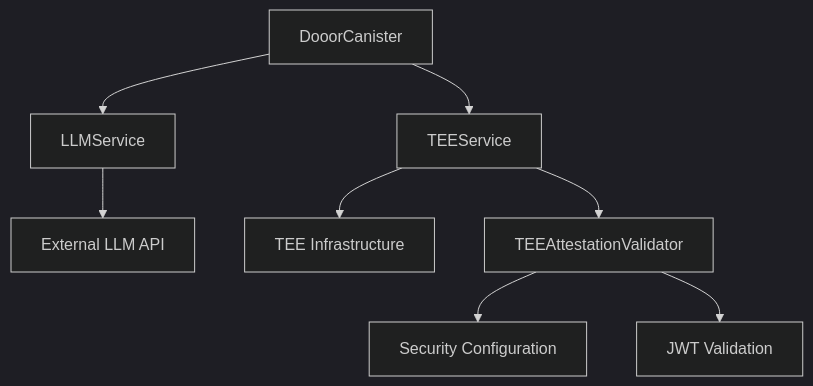
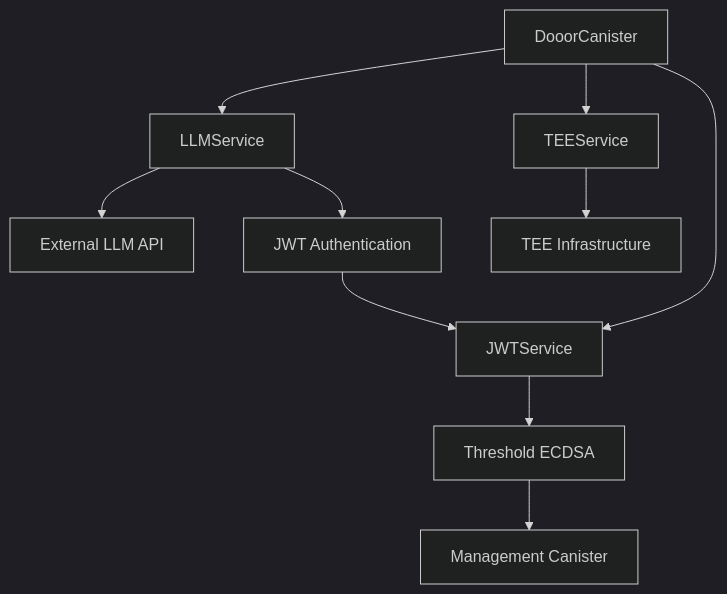
Before and after one commit to Dooor-AI/orchestrator-canister: the diagram in tee-llm-dooor-canister/README.md, drawn with Mermaid (dark theme). The commit also changed other lines of this file and 8 other files, not shown here.

````diff
--- a/tee-llm-dooor-canister/README.md
+++ b/tee-llm-dooor-canister/README.md
@@ -144,10 +246,12 @@
 ```mermaid
 graph TD
     A[DooorCanister] --> B[LLMService]
     A --> C[TEEService]
-    B --> D[External LLM API]
-    C --> E[TEE Infrastructure]
-    C --> F[TEEAttestationValidator]
-    F --> G[Security Configuration]
-    F --> H[JWT Validation]
+    A --> D[JWTService]
+    B --> E[External LLM API]
+    C --> F[TEE Infrastructure]
+    D --> G[Threshold ECDSA]
+    G --> H[Management Canister]
+    B --> I[JWT Authentication]
+    I --> D
 ```
````
